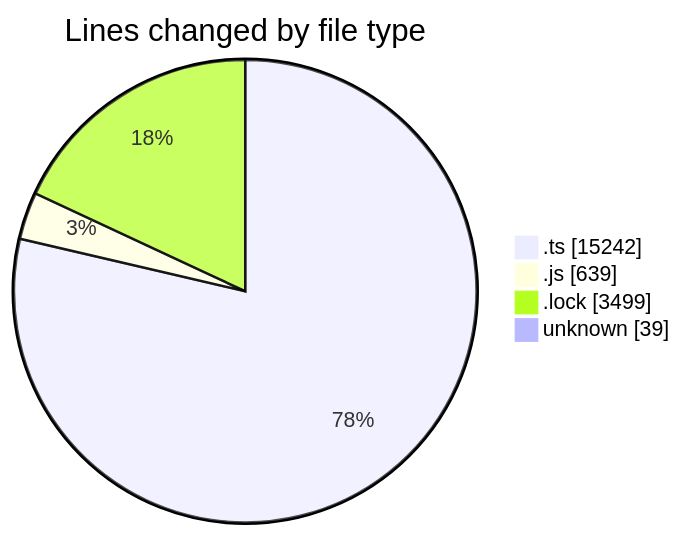
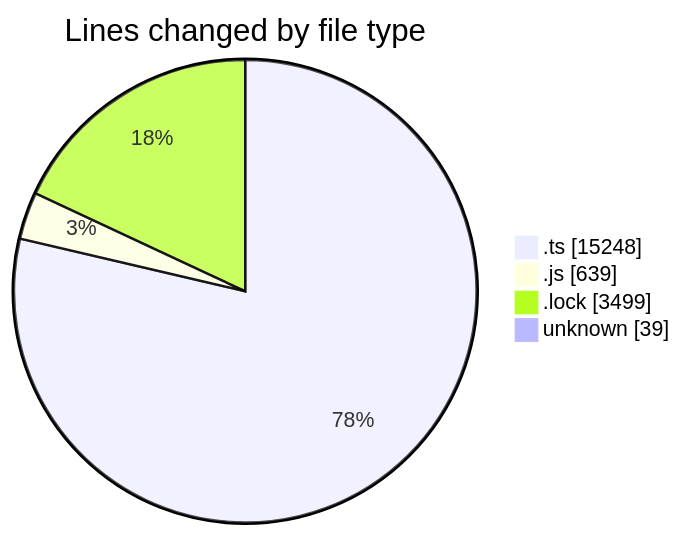
Before and after one commit to momahboobian/code-tracking: the first of 2 diagrams in 2025-05-20/cda/README.md, drawn with Mermaid. The commit also changed other lines of this file and 1 other file, not shown here.

````diff
--- a/2025-05-20/cda/README.md
+++ b/2025-05-20/cda/README.md
@@ -31,8 +31,8 @@
 ```mermaid
 pie showData
 title Lines changed by file type
-".ts" : 15242
+".ts" : 15248
 ".js" : 639
 ".lock" : 3499
 "unknown" : 39
 ```
````
